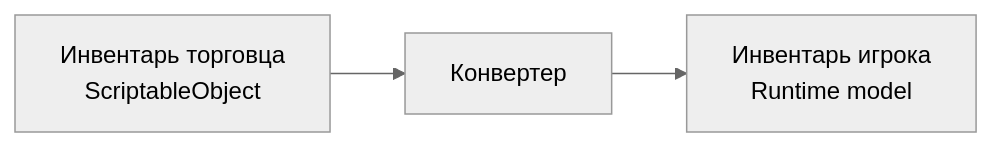
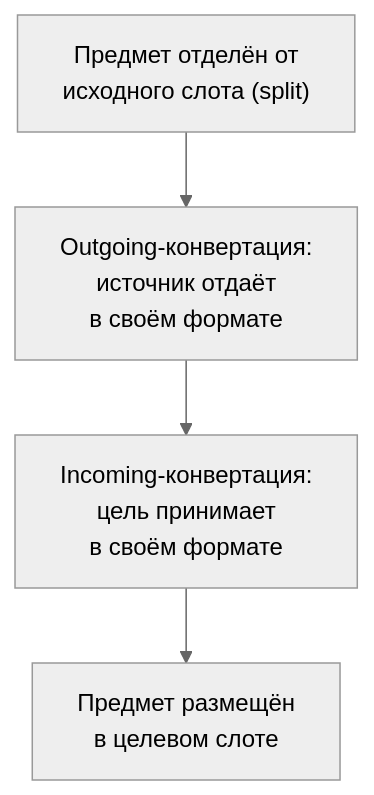
The third of 7 diagrams in .docs/content/architecture/transfer-pipeline.md (SergeevSergey99/DragAndDropSystem-Docs), drawn with Mermaid (neutral theme) before and after one commit. The commit also changed other lines of this file and 3 other files, not shown here.

````diff
--- a/.docs/content/architecture/transfer-pipeline.md
+++ b/.docs/content/architecture/transfer-pipeline.md
@@ -90,5 +80,6 @@
 ```mermaid
-flowchart LR
-    A["Инвентарь торговца<br/>ScriptableObject"] --> B["Конвертер"]
-    B --> C["Инвентарь игрока<br/>Runtime model"]
+flowchart TD
+    A["Предмет отделён от\nисходного слота (split)"] --> B["Outgoing-конвертация:\nисточник отдаёт\nв своём формате"]
+    B --> C["Incoming-конвертация:\nцель принимает\nв своём формате"]
+    C --> D["Предмет размещён\nв целевом слоте"]
 ```
````
